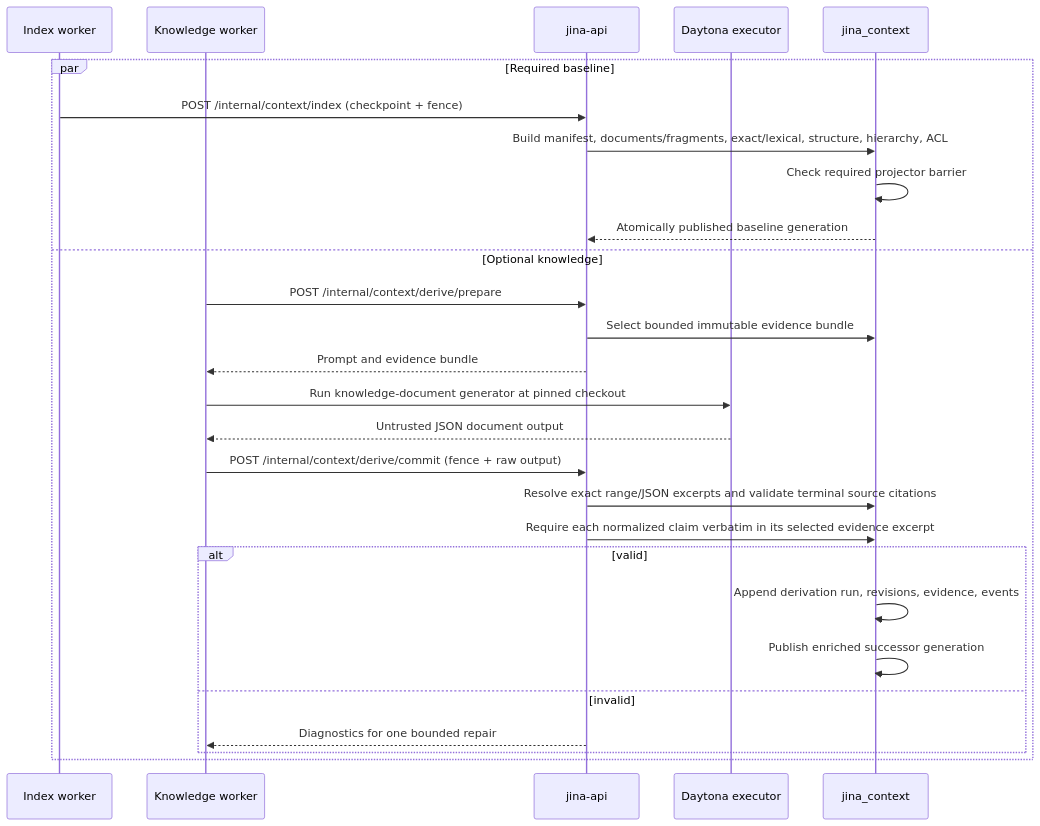
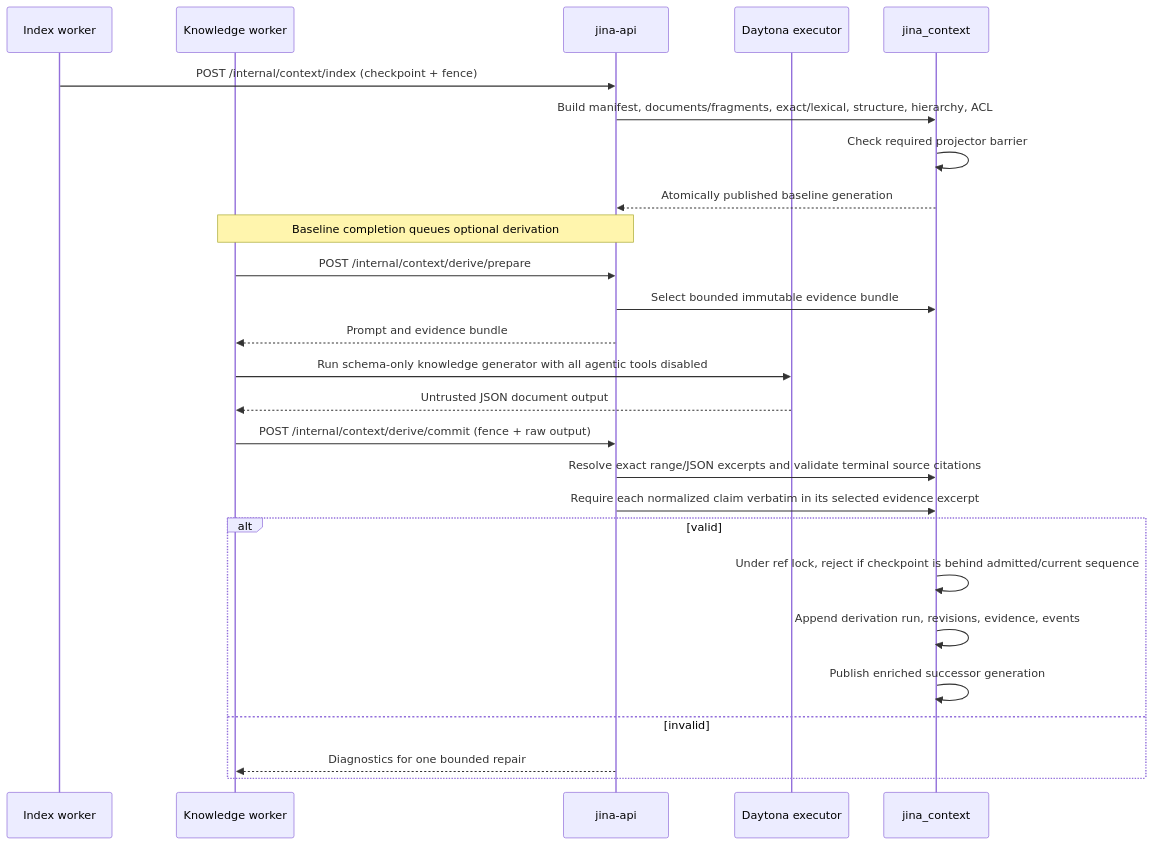
Before and after one commit to keon/jina-context-wiki-e2e-20260808: the fourth of 9 diagrams in docs/SEQUENCE_DIAGRAM.md, drawn with Mermaid. The commit also changed other lines of this file and 43 other files, not shown here.

````diff
--- a/docs/SEQUENCE_DIAGRAM.md
+++ b/docs/SEQUENCE_DIAGRAM.md
@@ -78,30 +83,29 @@
 ```mermaid
 sequenceDiagram
     participant IW as Index worker
     participant KW as Knowledge worker
     participant API as jina-api
     participant DX as Daytona executor
     participant DB as jina_context
 
-    par Required baseline
-        IW->>API: POST /internal/context/index (checkpoint + fence)
-        API->>DB: Build manifest, documents/fragments, exact/lexical, structure, hierarchy, ACL
-        DB->>DB: Check required projector barrier
-        DB-->>API: Atomically published baseline generation
-    and Optional knowledge
-        KW->>API: POST /internal/context/derive/prepare
-        API->>DB: Select bounded immutable evidence bundle
-        API-->>KW: Prompt and evidence bundle
-        KW->>DX: Run knowledge-document generator at pinned checkout
-        DX-->>KW: Untrusted JSON document output
-        KW->>API: POST /internal/context/derive/commit (fence + raw output)
-        API->>DB: Resolve exact range/JSON excerpts and validate terminal source citations
-        API->>DB: Require each normalized claim verbatim in its selected evidence excerpt
-        alt valid
-            DB->>DB: Append derivation run, revisions, evidence, events
-            DB->>DB: Publish enriched successor generation
-        else invalid
-            API-->>KW: Diagnostics for one bounded repair
-        end
+    IW->>API: POST /internal/context/index (checkpoint + fence)
+    API->>DB: Build manifest, documents/fragments, exact/lexical, structure, hierarchy, ACL
+    DB->>DB: Check required projector barrier
+    DB-->>API: Atomically published baseline generation
+    Note over API,KW: Baseline completion queues optional derivation
+    KW->>API: POST /internal/context/derive/prepare
+    API->>DB: Select bounded immutable evidence bundle
+    API-->>KW: Prompt and evidence bundle
+    KW->>DX: Run schema-only knowledge generator with all agentic tools disabled
+    DX-->>KW: Untrusted JSON document output
+    KW->>API: POST /internal/context/derive/commit (fence + raw output)
+    API->>DB: Resolve exact range/JSON excerpts and validate terminal source citations
+    API->>DB: Require each normalized claim verbatim in its selected evidence excerpt
+    alt valid
+        DB->>DB: Under ref lock, reject if checkpoint is behind admitted/current sequence
+        DB->>DB: Append derivation run, revisions, evidence, events
+        DB->>DB: Publish enriched successor generation
+    else invalid
+        API-->>KW: Diagnostics for one bounded repair
     end
 ```
````
